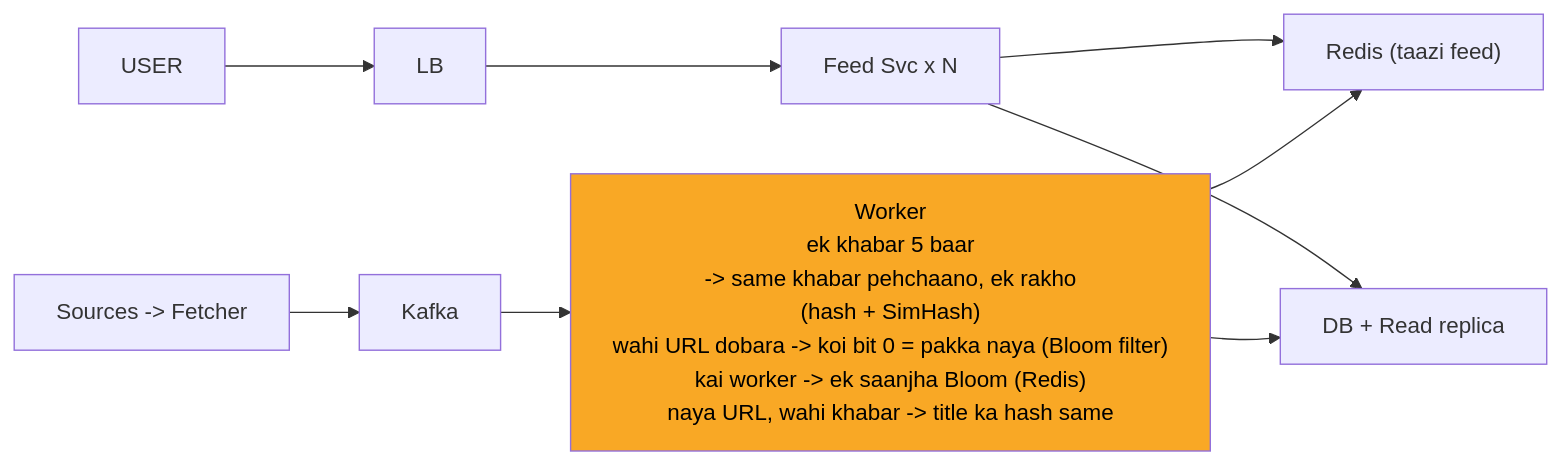
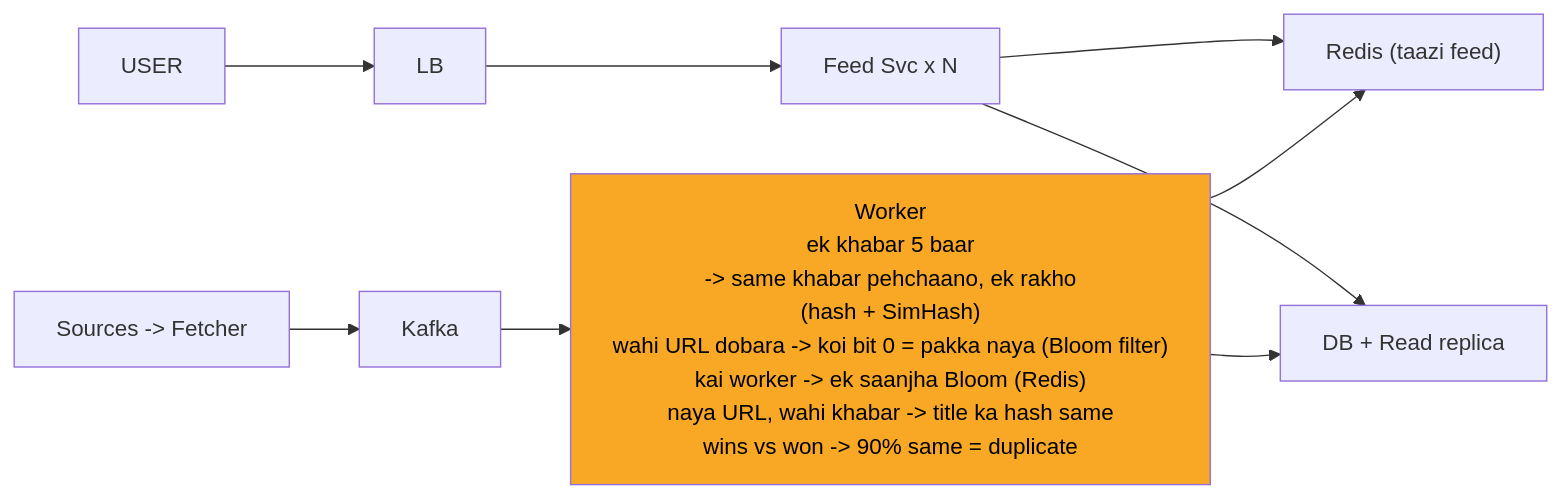
One commit to ArpanMaheshwari144/Prep changed the fifth of 11 diagrams in 04_HLD/SYSTEM_DESIGNS/08_news_aggregator/08_news_aggregator_INTERVIEW.md. Above: the diagram before and after it, drawn with Mermaid. The commit also changed 7 other files, not shown here.

````diff
--- a/04_HLD/SYSTEM_DESIGNS/08_news_aggregator/08_news_aggregator_INTERVIEW.md
+++ b/04_HLD/SYSTEM_DESIGNS/08_news_aggregator/08_news_aggregator_INTERVIEW.md
@@ -194,21 +194,21 @@
 ```mermaid
 %%{init: {"flowchart": {"wrappingWidth": 450}}}%%
 flowchart LR
     n_USER["USER"]
     n_LB["LB"]
     n_Feed_Svc_xN["Feed Svc x N"]
     n_Redis["Redis (taazi feed)"]
     n_DBR["DB + Read replica"]
-    n_Worker["Worker<br/>ek khabar 5 baar<br/>-> same khabar pehchaano, ek rakho<br/>(hash + SimHash)<br/>wahi URL dobara -> koi bit 0 = pakka naya (Bloom filter)<br/>kai worker -> ek saanjha Bloom (Redis)<br/>naya URL, wahi khabar -> title ka hash same"]
+    n_Worker["Worker<br/>ek khabar 5 baar<br/>-> same khabar pehchaano, ek rakho<br/>(hash + SimHash)<br/>wahi URL dobara -> koi bit 0 = pakka naya (Bloom filter)<br/>kai worker -> ek saanjha Bloom (Redis)<br/>naya URL, wahi khabar -> title ka hash same<br/>wins vs won -> 90% same = duplicate"]
     n_Kafka["Kafka"]
     n_SF["Sources -> Fetcher"]
     n_USER --> n_LB
     n_LB --> n_Feed_Svc_xN
     n_Feed_Svc_xN --> n_Redis
     n_Feed_Svc_xN --> n_DBR
     n_Worker --> n_DBR
     n_Worker --> n_Redis
     n_Kafka --> n_Worker
     n_SF --> n_Kafka
     style n_Worker fill:#f9a825,color:#000
 ```
````
